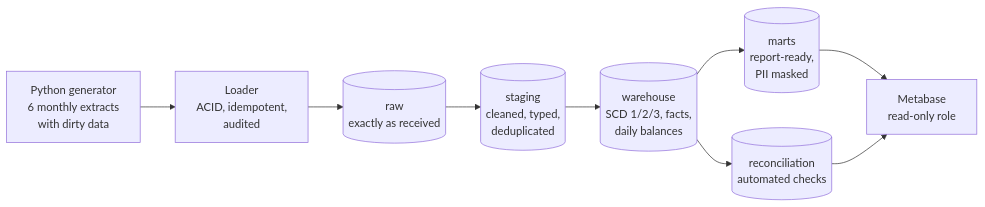
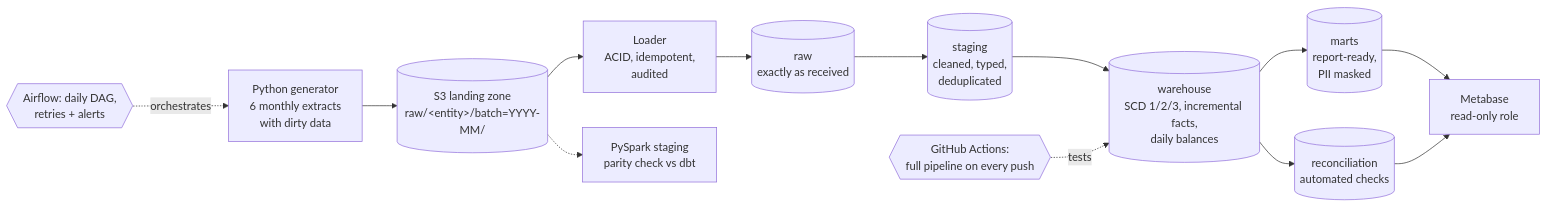
The first of 2 diagrams in README.md (mukesh132001/bank-regulatory-warehouse), drawn with Mermaid before and after one commit. The commit also changed other lines of this file and 21 other files, not shown here.

Commit message:
Add Airflow, CI, S3 landing, PySpark parity, incremental facts, secrets via .env

````diff
--- a/README.md
+++ b/README.md
@@ -20,11 +22,15 @@
 ```mermaid
 flowchart LR
-    A["Python generator<br/>6 monthly extracts<br/>with dirty data"] --> B["Loader<br/>ACID, idempotent,<br/>audited"]
+    A["Python generator<br/>6 monthly extracts<br/>with dirty data"] --> S[("S3 landing zone<br/>raw/&lt;entity&gt;/batch=YYYY-MM/")]
+    S --> B["Loader<br/>ACID, idempotent,<br/>audited"]
     B --> C[("raw<br/>exactly as received")]
     C --> D[("staging<br/>cleaned, typed,<br/>deduplicated")]
-    D --> E[("warehouse<br/>SCD 1/2/3, facts,<br/>daily balances")]
+    D --> E[("warehouse<br/>SCD 1/2/3, incremental facts,<br/>daily balances")]
     E --> F[("marts<br/>report-ready,<br/>PII masked")]
     E --> G[("reconciliation<br/>automated checks")]
     F --> H["Metabase<br/>read-only role"]
     G --> H
+    S -.-> P["PySpark staging<br/>parity check vs dbt"]
+    O{{"Airflow: daily DAG,<br/>retries + alerts"}} -.orchestrates.-> A
+    CI{{"GitHub Actions:<br/>full pipeline on every push"}} -.tests.-> E
 ```
````
